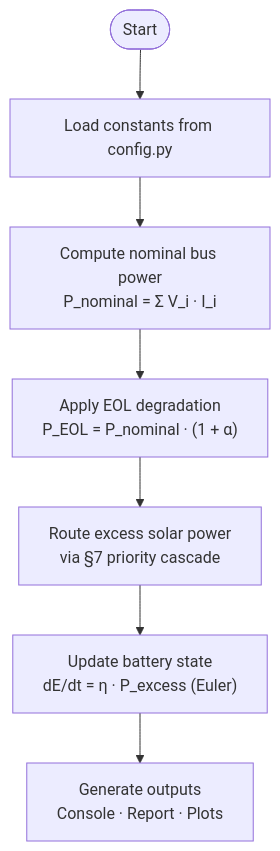
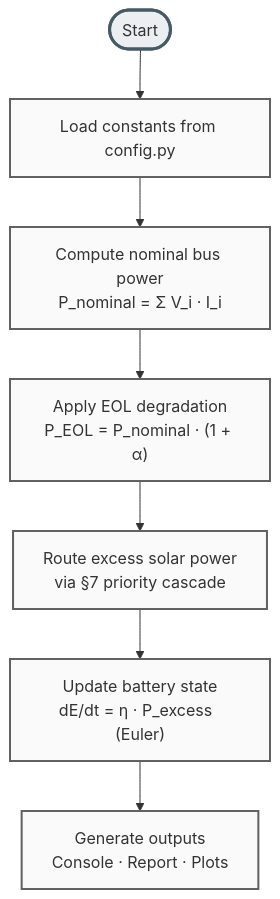
Before and after one commit to chetan0021/spacecraft-eps-power-budget: the sixth of 8 diagrams in README.md, drawn with Mermaid. The commit also changed other lines of this file, not shown here.

Commit message:
docs: improve diagram readability and add spacecraft architecture outline

````diff
--- a/README.md
+++ b/README.md
@@ -165,17 +231,22 @@
 ```mermaid
 flowchart TD
-    Start(["Start"])
-    LoadParameters["Load constants from config.py"]
-    ComputePowerDemand["Compute nominal bus power\nP_nominal = Σ V_i · I_i"]
-    ApplyEOLConditions["Apply EOL degradation\nP_EOL = P_nominal · (1 + α)"]
-    RoutePower["Route excess solar power\nvia §7 priority cascade"]
-    UpdateBatteryState["Update battery state\ndE/dt = η · P_excess  (Euler)"]
-    GenerateOutputs["Generate outputs\nConsole · Report · Plots"]
+    %% Styling
+    classDef default font-family:Inter,font-size:16px,color:#333,stroke-width:2px;
+    classDef step fill:#fafafa,stroke:#616161,stroke-width:2px;
+    classDef startEnd fill:#eceff1,stroke:#455a64,stroke-width:3px;
+
+    Start(["Start"]):::startEnd
+    LoadParameters["Load constants from config.py"]:::step
+    ComputePowerDemand["Compute nominal bus power\nP_nominal = Σ V_i · I_i"]:::step
+    ApplyEOLConditions["Apply EOL degradation\nP_EOL = P_nominal · (1 + α)"]:::step
+    RoutePower["Route excess solar power\nvia §7 priority cascade"]:::step
+    UpdateBatteryState["Update battery state\ndE/dt = η · P_excess  (Euler)"]:::step
+    GenerateOutputs["Generate outputs\nConsole · Report · Plots"]:::step
 
     Start --> LoadParameters
     LoadParameters --> ComputePowerDemand
     ComputePowerDemand --> ApplyEOLConditions
     ApplyEOLConditions --> RoutePower
     RoutePower --> UpdateBatteryState
     UpdateBatteryState --> GenerateOutputs
 ```
````
